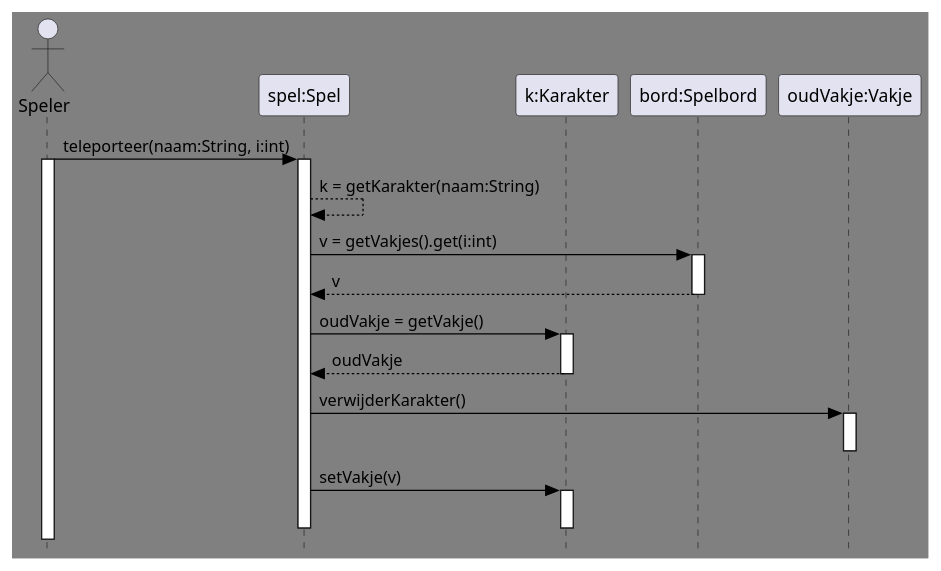
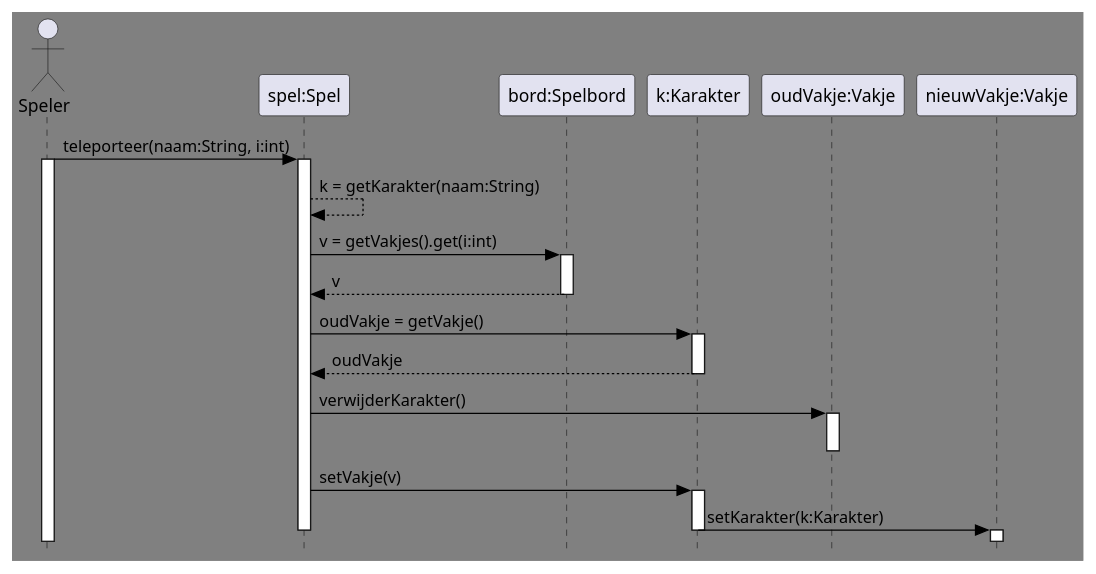
Before and after one commit to daniel1890/OOAD-Uitwerkingen: the diagram in opgave_4.3.1/opgave_4.3.1/sequence_diagram_teleporteer.puml, drawn with PlantUML. The commit also changed 3 other files, not shown here.

```diff
--- a/opgave_4.3.1/opgave_4.3.1/sequence_diagram_teleporteer.puml
+++ b/opgave_4.3.1/opgave_4.3.1/sequence_diagram_teleporteer.puml
@@ -1,36 +1,37 @@
 @startuml sequence diagram van teleporteer methode
 'https://plantuml.com/sequence-diagram
 skinparam style strictuml
 skinparam class {
 BackgroundColor LightGrey
 ArrowColor Black
 BorderColor Black
 BackgroundColor<<Foo>> DarkGrey
 }
 
 skinparam backgroundcolor Gray
 skinparam stereotypeCBackgroundColor YellowGreen
 
 actor Speler
 participant Spel as "spel:Spel"
+participant Bord as "bord:Spelbord"
 participant Bob as "k:Karakter"
-participant Bord as "bord:Spelbord"
 participant oudVakje as "oudVakje:Vakje"
+participant nieuwVakje as "nieuwVakje:Vakje"
 
 Speler -> Spel ++: teleporteer(naam:String, i:int)
 activate Speler
 Spel --> Spel: k = getKarakter(naam:String)
 Spel -> Bord ++: v = getVakjes().get(i:int)
 return v
 deactivate Bord
 Spel -> Bob ++: oudVakje = getVakje()
 return oudVakje
 deactivate Bob
 Spel -> oudVakje ++: verwijderKarakter()
 deactivate oudVakje
 Spel -> Bob ++: setVakje(v)
-deactivate oudVakje
+Bob -> nieuwVakje --++: setKarakter(k:Karakter)
 deactivate Bob
 deactivate Spel
 
 @enduml
```
